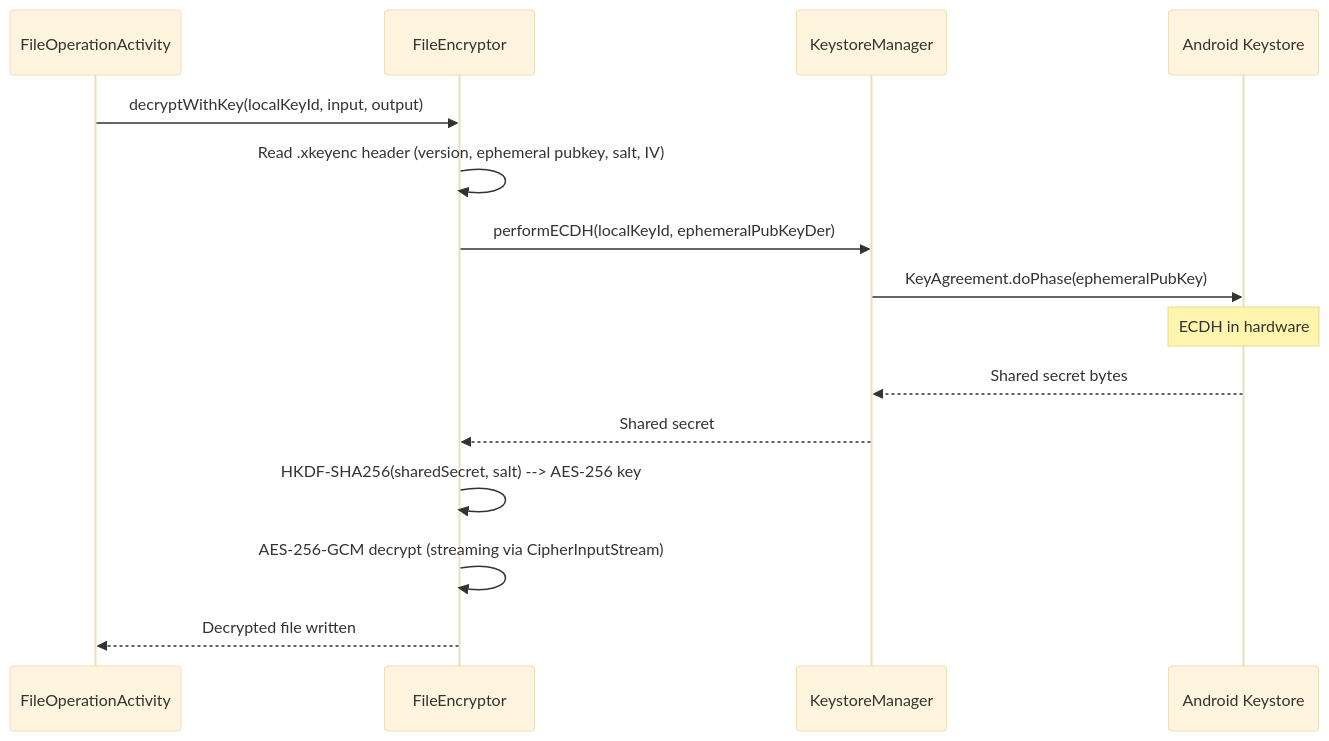
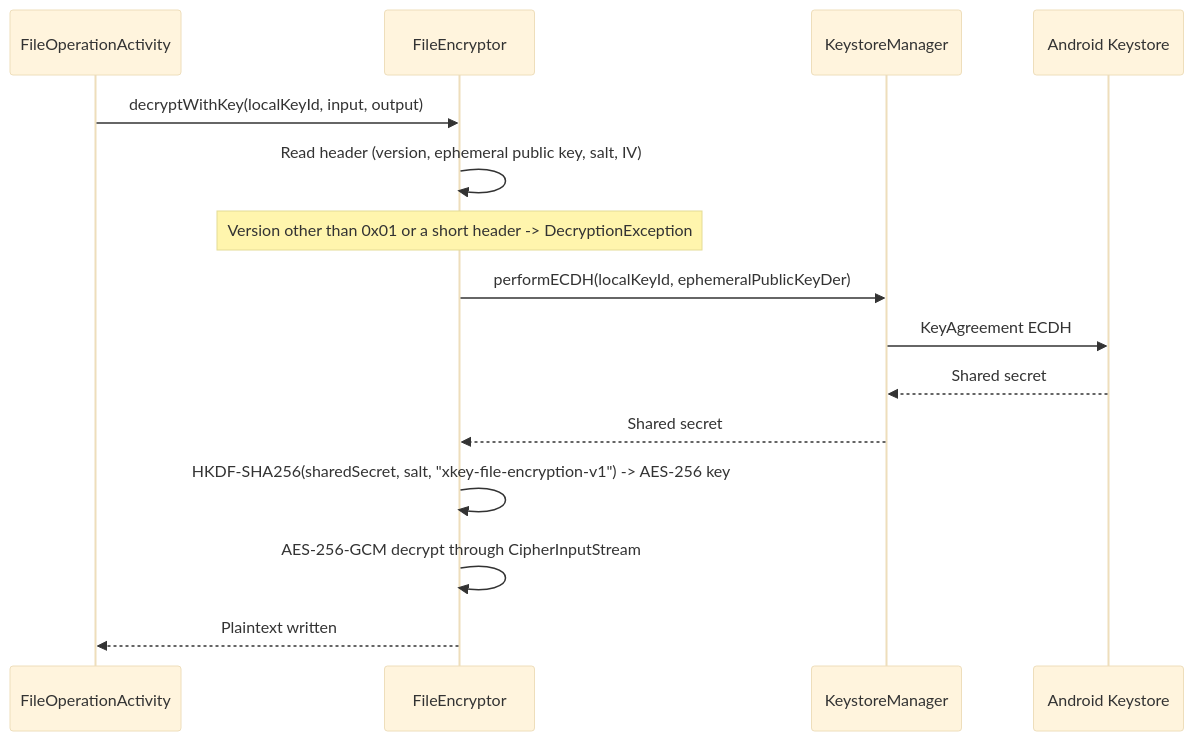
The second of 5 diagrams in docs/file-operations/architecture.md (jeremyhahn/xkey-android), drawn with Mermaid (base theme) before and after one commit. The commit also changed other lines of this file and 39 other files, not shown here.

````diff
--- a/docs/file-operations/architecture.md
+++ b/docs/file-operations/architecture.md
@@ -51,22 +78,21 @@
 ```mermaid
 sequenceDiagram
     participant App as FileOperationActivity
     participant FE as FileEncryptor
     participant KM as KeystoreManager
     participant KS as Android Keystore
 
     App->>FE: decryptWithKey(localKeyId, input, output)
 
-    FE->>FE: Read .xkeyenc header (version, ephemeral pubkey, salt, IV)
+    FE->>FE: Read header (version, ephemeral public key, salt, IV)
+    Note over FE: Version other than 0x01 or a short header -> DecryptionException
 
-    FE->>KM: performECDH(localKeyId, ephemeralPubKeyDer)
-    KM->>KS: KeyAgreement.doPhase(ephemeralPubKey)
-    Note over KS: ECDH in hardware
-    KS-->>KM: Shared secret bytes
+    FE->>KM: performECDH(localKeyId, ephemeralPublicKeyDer)
+    KM->>KS: KeyAgreement ECDH
+    KS-->>KM: Shared secret
     KM-->>FE: Shared secret
 
-    FE->>FE: HKDF-SHA256(sharedSecret, salt) --> AES-256 key
-    FE->>FE: AES-256-GCM decrypt (streaming via CipherInputStream)
-
-    FE-->>App: Decrypted file written
+    FE->>FE: HKDF-SHA256(sharedSecret, salt, "xkey-file-encryption-v1") -> AES-256 key
+    FE->>FE: AES-256-GCM decrypt through CipherInputStream
+    FE-->>App: Plaintext written
 ```
````
